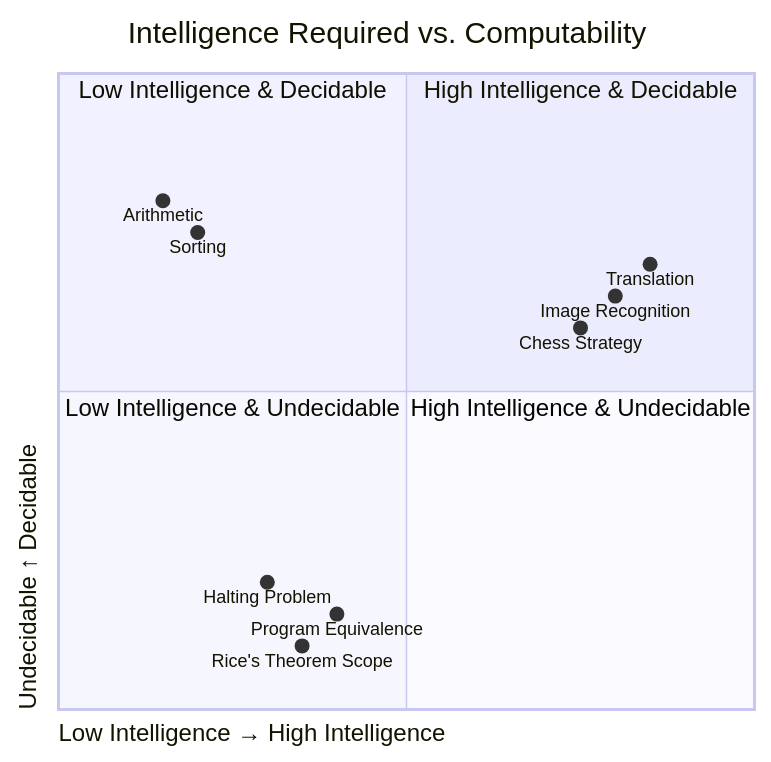
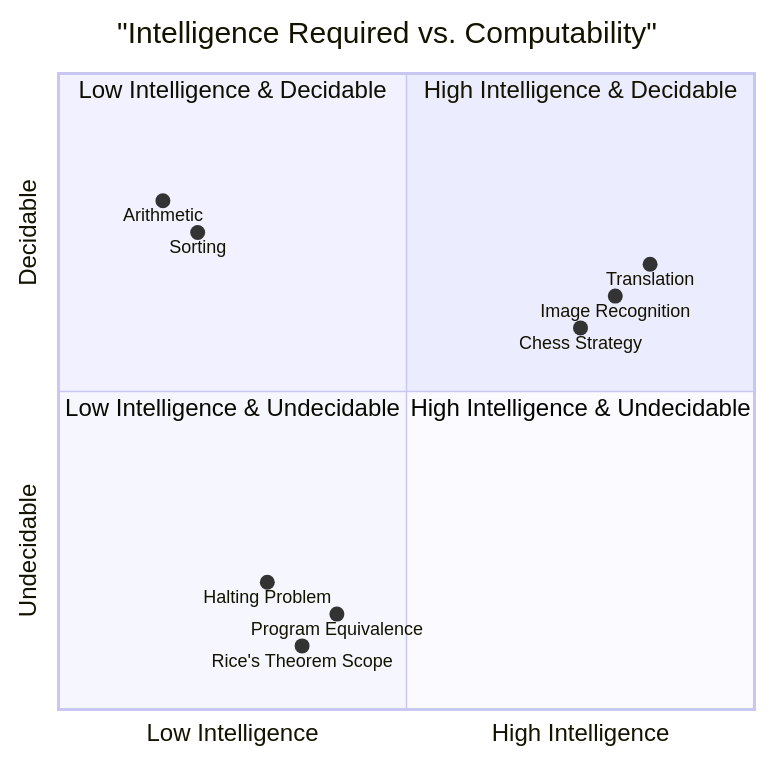
Before and after one commit to tikazyq/marvinzhang.dev: the third of 3 diagrams in blog/2025-10-04-fundamental-limits-in-computing.mdx, drawn with Mermaid. The commit also changed other lines of this file and 1 other file, not shown here.

Commit message:
Fix Mermaid quadrantChart labels for clarity in English and Chinese versions

````diff
--- a/blog/2025-10-04-fundamental-limits-in-computing.mdx
+++ b/blog/2025-10-04-fundamental-limits-in-computing.mdx
@@ -381,19 +381,19 @@
 ```mermaid
 quadrantChart
-    title Intelligence Required vs. Computability
-    x-axis Low Intelligence → High Intelligence
-    y-axis Undecidable ↑ Decidable
-    quadrant-1 High Intelligence & Decidable
-    quadrant-2 Low Intelligence & Decidable
-    quadrant-3 Low Intelligence & Undecidable
-    quadrant-4 High Intelligence & Undecidable
-    
-    Arithmetic: [0.15, 0.8]
-    Sorting: [0.2, 0.75]
-    Translation: [0.85, 0.7]
-    Chess Strategy: [0.75, 0.6]
-    Image Recognition: [0.8, 0.65]
-    Halting Problem: [0.3, 0.2]
-    Program Equivalence: [0.4, 0.15]
-    Rice's Theorem Scope: [0.35, 0.1]
+    title "Intelligence Required vs. Computability"
+    x-axis "Low Intelligence" --> "High Intelligence"
+    y-axis "Undecidable" --> "Decidable"
+    quadrant-1 "High Intelligence & Decidable"
+    quadrant-2 "Low Intelligence & Decidable"
+    quadrant-3 "Low Intelligence & Undecidable"
+    quadrant-4 "High Intelligence & Undecidable"
+
+    "Arithmetic": [0.15, 0.8]
+    "Sorting": [0.2, 0.75]
+    "Translation": [0.85, 0.7]
+    "Chess Strategy": [0.75, 0.6]
+    "Image Recognition": [0.8, 0.65]
+    "Halting Problem": [0.3, 0.2]
+    "Program Equivalence": [0.4, 0.15]
+    "Rice's Theorem Scope": [0.35, 0.1]
 ```
````
